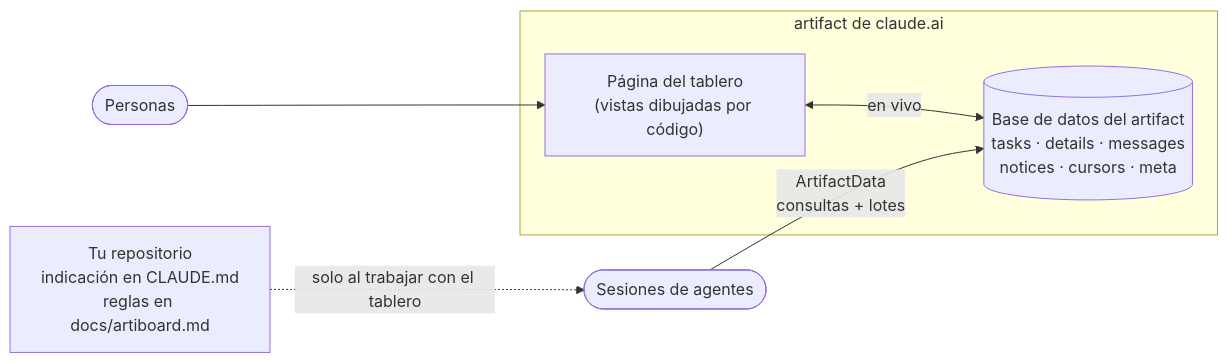
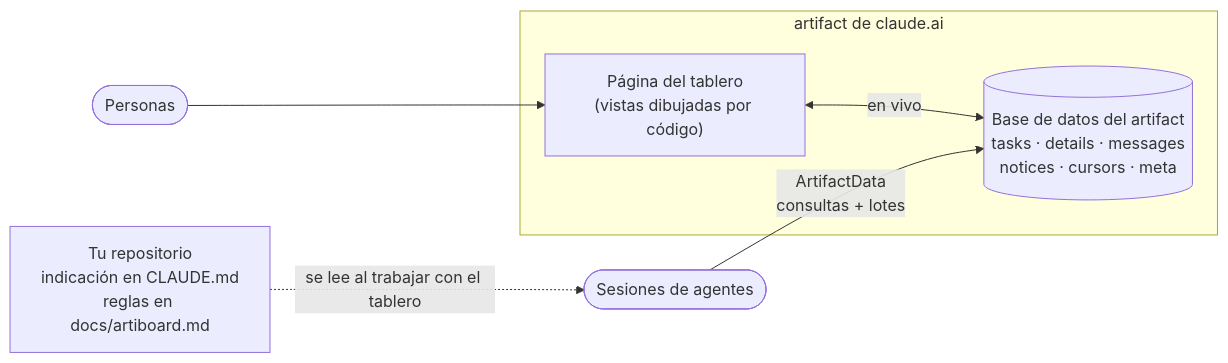
The diagram in README.es.md (yulmucoffee/artiboard), drawn with Mermaid before and after one commit. The commit also changed other lines of this file and 9 other files, not shown here.

````diff
--- a/README.es.md
+++ b/README.es.md
@@ -289,11 +237,11 @@
 ```mermaid
 flowchart LR
   subgraph Artifact["artifact de claude.ai"]
     Page["Página del tablero<br/>(vistas dibujadas por código)"]
     DB[("Base de datos del artifact<br/>tasks · details · messages<br/>notices · cursors · meta")]
     Page <-- en vivo --> DB
   end
   People(["Personas"]) --> Page
   AgentA(["Sesiones de agentes"]) -- ArtifactData<br/>consultas + lotes --> DB
-  Repo["Tu repositorio<br/>indicación en CLAUDE.md<br/>reglas en docs/artiboard.md"] -. solo al trabajar con el tablero .-> AgentA
+  Repo["Tu repositorio<br/>indicación en CLAUDE.md<br/>reglas en docs/artiboard.md"] -. se lee al trabajar con el tablero .-> AgentA
 ```
````
